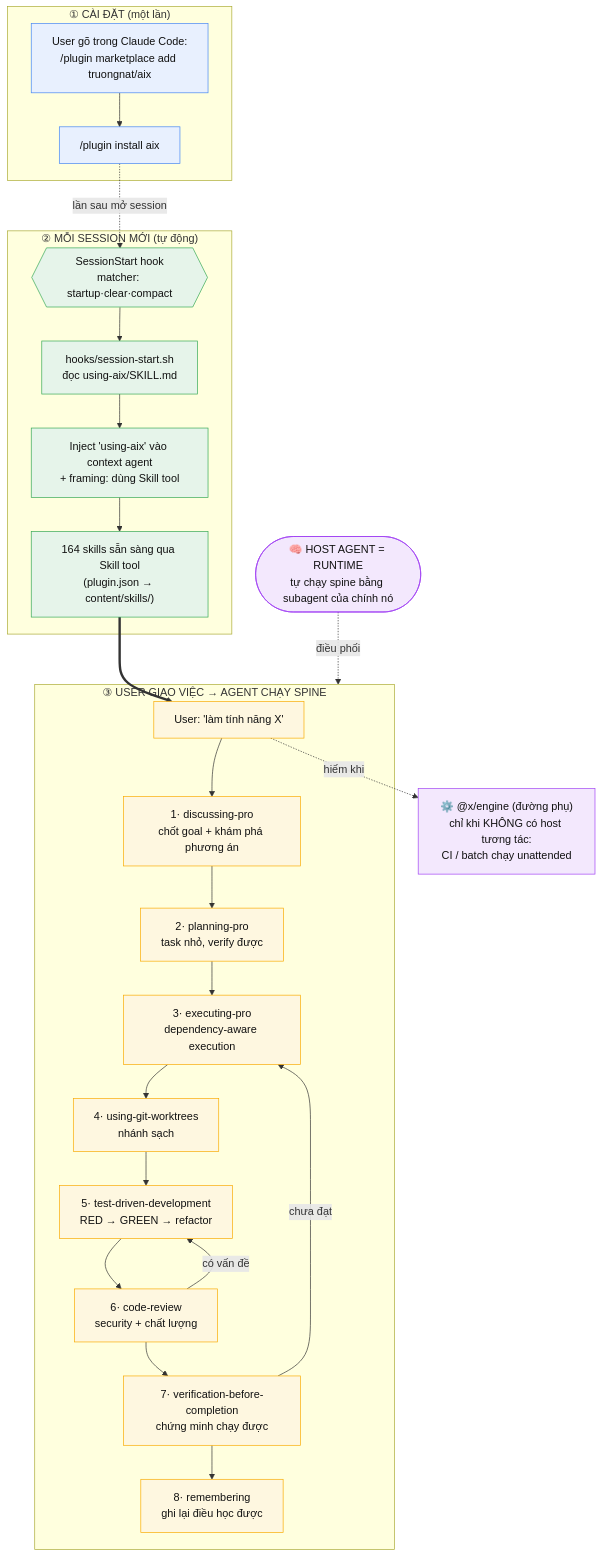
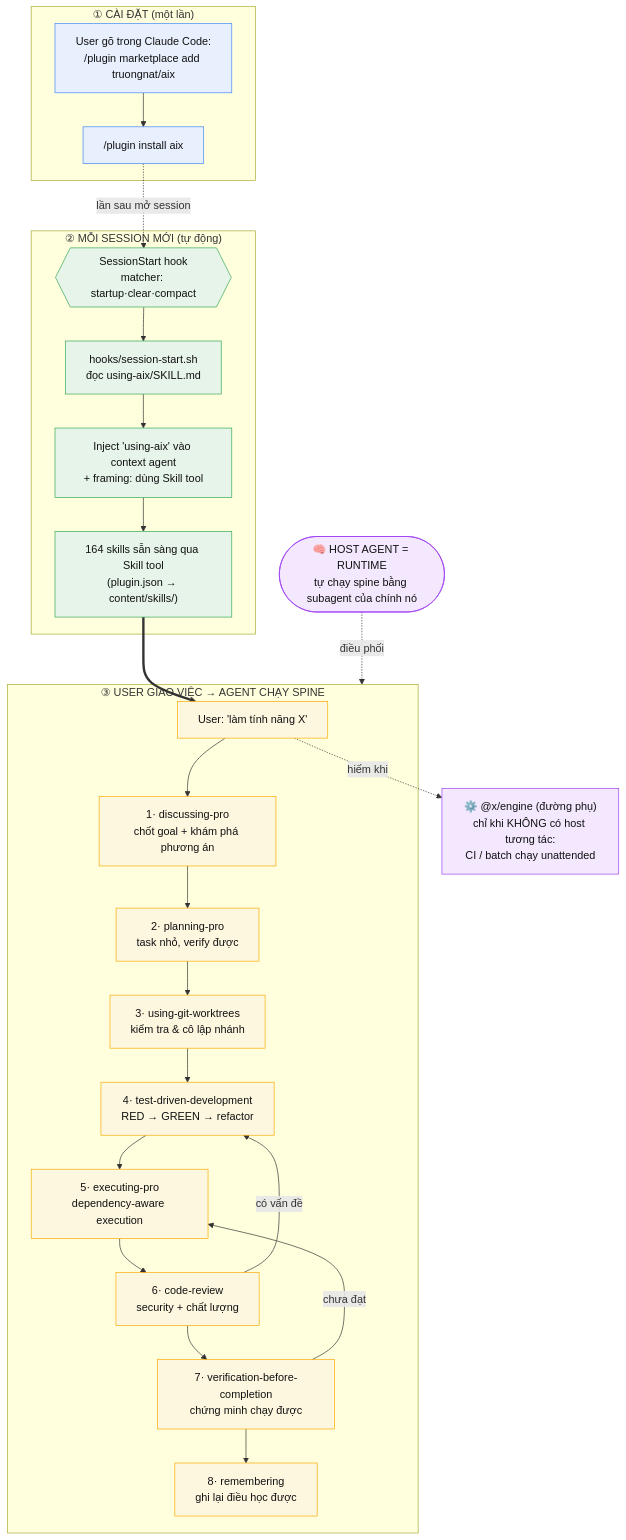
Before and after one commit to truongnat/aix: the diagram in docs/user-journey.md, drawn with Mermaid. The commit also changed other lines of this file and 2 other files, not shown here.

Commit message:
docs: update engineering spine flow and definitions across all documentation

````diff
--- a/docs/user-journey.md
+++ b/docs/user-journey.md
@@ -16,50 +16,50 @@
 ```mermaid
 flowchart TD
     subgraph SETUP["①  CÀI ĐẶT (một lần)"]
         A1["User gõ trong Claude Code:<br/>/plugin marketplace add truongnat/aix"]
         A2["/plugin install aix"]
         A1 --> A2
     end
 
     subgraph START["②  MỖI SESSION MỚI (tự động)"]
         B1{{"SessionStart hook<br/>matcher: startup·clear·compact"}}
         B2["hooks/session-start.sh<br/>đọc using-aix/SKILL.md"]
         B3["Inject 'using-aix' vào context agent<br/>+ framing: dùng Skill tool"]
         B4["164 skills sẵn sàng qua Skill tool<br/>(plugin.json → content/skills/)"]
         B1 --> B2 --> B3 --> B4
     end
 
     subgraph WORK["③  USER GIAO VIỆC → AGENT CHẠY SPINE"]
         C0["User: 'làm tính năng X'"]
         C1["1· discussing-pro<br/>chốt goal + khám phá phương án"]
         C2["2· planning-pro<br/>task nhỏ, verify được"]
-        C4["4· using-git-worktrees<br/>nhánh sạch"]
-        C5["5· test-driven-development<br/>RED → GREEN → refactor"]
-        C3["3· executing-pro<br/>dependency-aware execution"]
+        C3["3· using-git-worktrees<br/>kiểm tra & cô lập nhánh"]
+        C4["4· test-driven-development<br/>RED → GREEN → refactor"]
+        C5["5· executing-pro<br/>dependency-aware execution"]
         C6["6· code-review<br/>security + chất lượng"]
         C7["7· verification-before-completion<br/>chứng minh chạy được"]
         C8["8· remembering<br/>ghi lại điều học được"]
         C0 --> C1 --> C2 --> C3 --> C4 --> C5 --> C6 --> C7 --> C8
     end
 
     A2 -.->|"lần sau mở session"| B1
     B4 ==> C0
 
-    C6 -->|"có vấn đề"| C5
-    C7 -->|"chưa đạt"| C3
+    C6 -->|"có vấn đề"| C4
+    C7 -->|"chưa đạt"| C5
 
     HOST(["🧠 HOST AGENT = RUNTIME<br/>tự chạy spine bằng subagent của chính nó"])
     HOST -.->|"điều phối"| WORK
 
     AUX["⚙️ @x/engine (đường phụ)<br/>chỉ khi KHÔNG có host tương tác:<br/>CI / batch chạy unattended"]
     C0 -.->|"hiếm khi"| AUX
 
     classDef setup fill:#e8f0fe,stroke:#4285f4,color:#111
     classDef start fill:#e6f4ea,stroke:#34a853,color:#111
     classDef spine fill:#fef7e0,stroke:#f9ab00,color:#111
     classDef aux fill:#f3e8fd,stroke:#a142f4,color:#111
     class A1,A2 setup
     class B1,B2,B3,B4 start
     class C0,C1,C2,C3,C4,C5,C6,C7,C8,C9 spine
     class AUX,HOST aux
 ```
````
